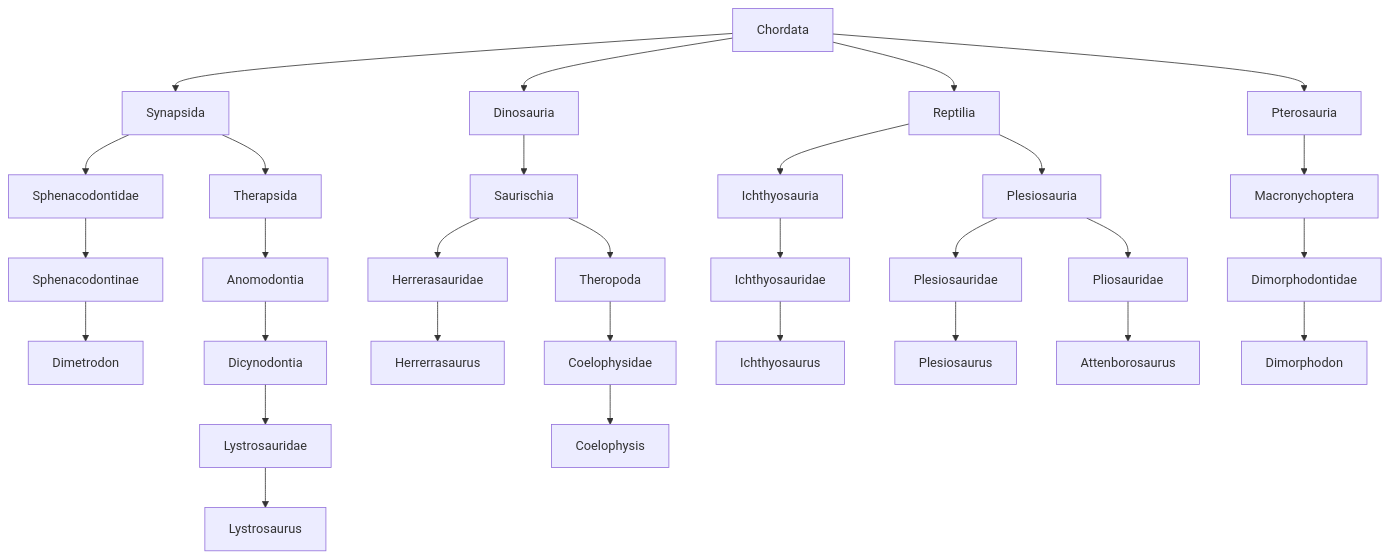
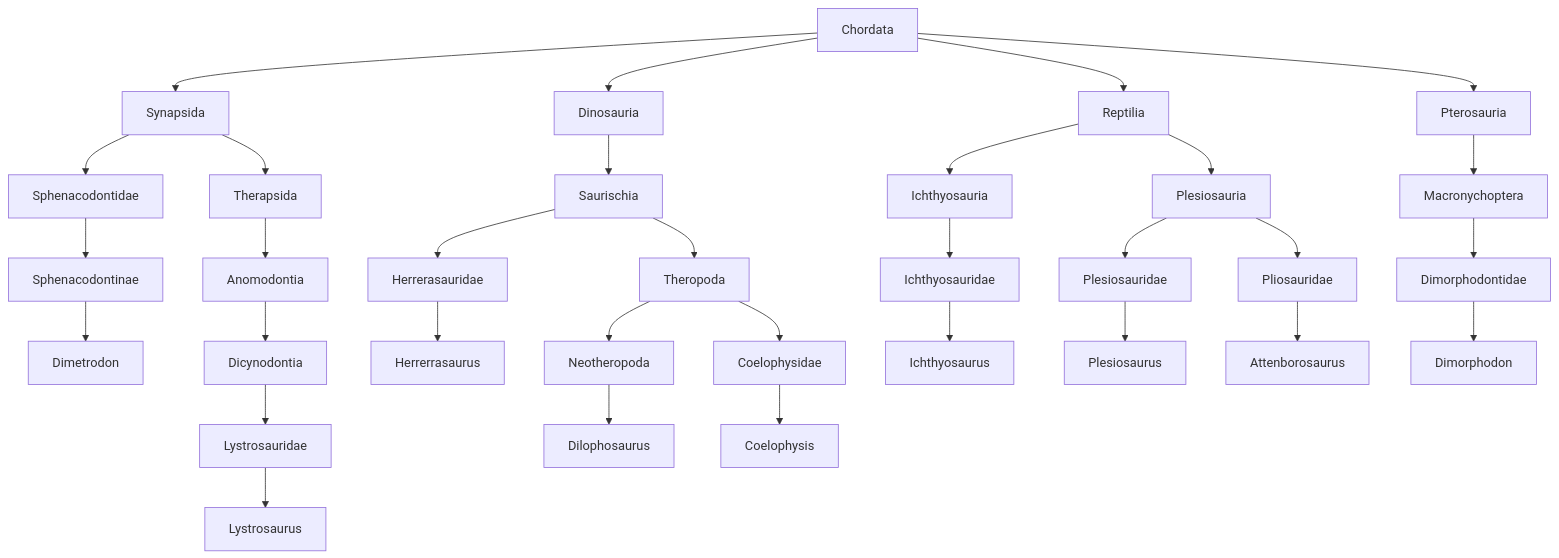
One commit to jackdixonryan/JWE2-Taxonomy changed the diagram in readme.md. Above: the diagram before and after it, drawn with Mermaid.

Commit message:
Update readme.md
Dilo

````diff
--- a/readme.md
+++ b/readme.md
@@ -3,45 +3,48 @@
 ```mermaid
 graph TD;
 
 Chordata-->Synapsida
 Chordata-->Dinosauria
 Chordata-->Reptilia
 Chordata-->Pterosauria
 
 Synapsida-->Sphenacodontidae
 Synapsida-->Therapsida
 
 Sphenacodontidae-->Sphenacodontinae
 Sphenacodontinae-->Dimetrodon
 
 Therapsida-->Anomodontia
 Anomodontia-->Dicynodontia
 Dicynodontia-->Lystrosauridae
 Lystrosauridae-->Lystrosaurus
 
 Dinosauria-->Saurischia
 
 Saurischia-->Herrerasauridae
 Saurischia-->Theropoda
 
+Theropoda-->Neotheropoda
+Neotheropoda-->Dilophosaurus
+
 Herrerasauridae-->Herrerrasaurus
 
 Theropoda-->Coelophysidae
 Coelophysidae-->Coelophysis
 
 Reptilia-->Ichthyosauria
 Reptilia-->Plesiosauria
 
 Ichthyosauria-->Ichthyosauridae 
 Ichthyosauridae-->Ichthyosaurus
 
 Plesiosauria-->Plesiosauridae 
 Plesiosauria-->Pliosauridae
 
 Plesiosauridae-->Plesiosaurus
 Pliosauridae-->Attenborosaurus
 
 Pterosauria-->Macronychoptera
 Macronychoptera-->Dimorphodontidae 
 Dimorphodontidae-->Dimorphodon
 ```
````
